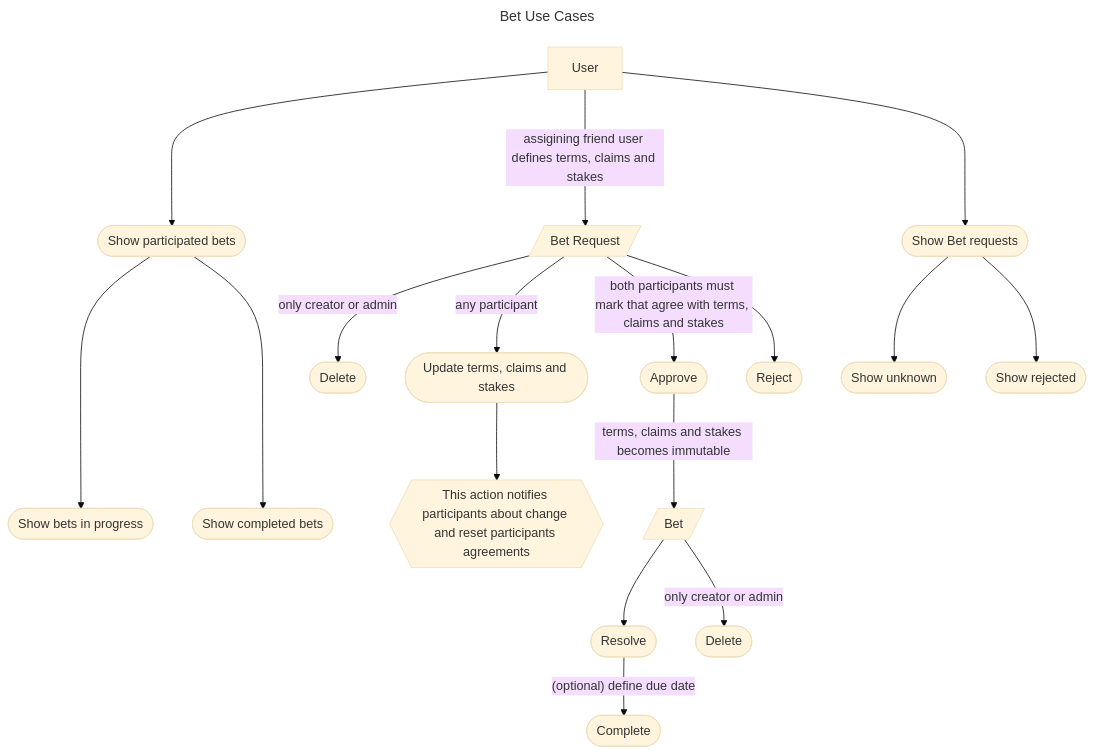
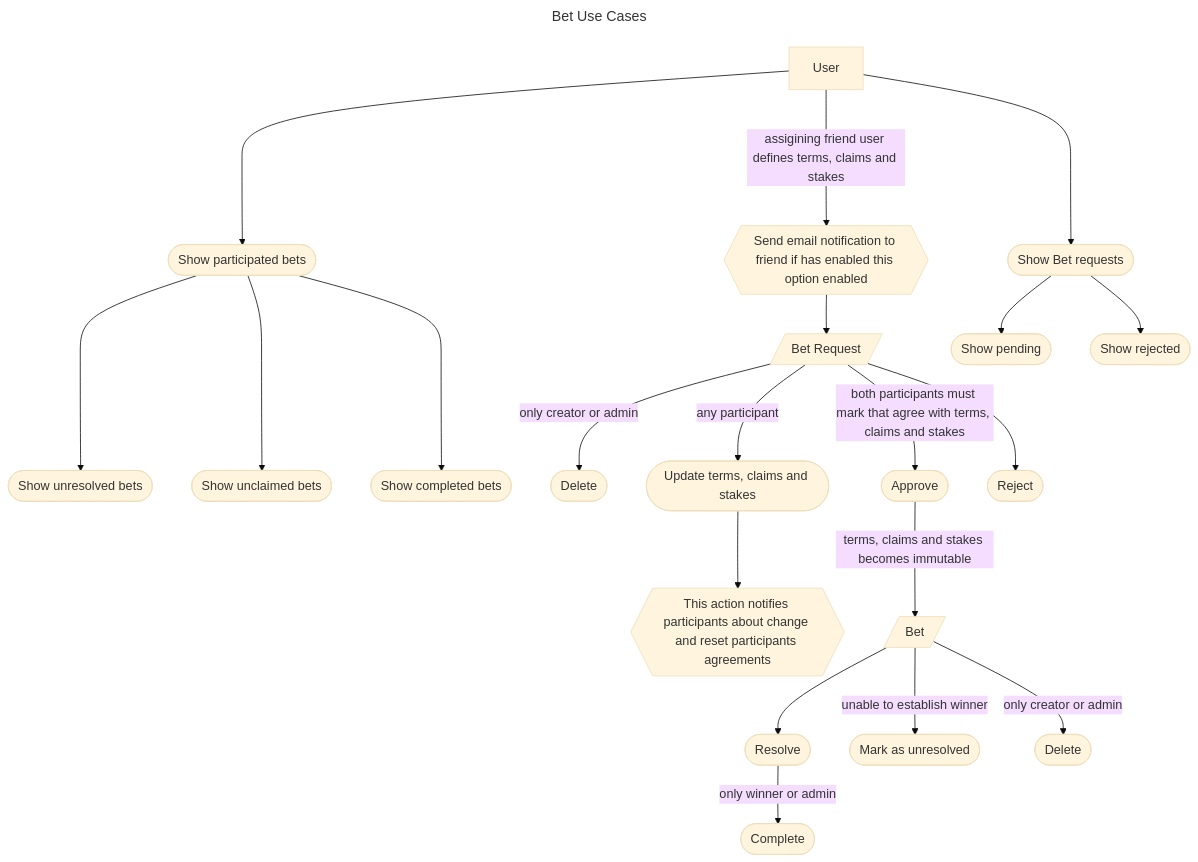
One commit to radek2s/BetKeeper changed the first of 2 diagrams in documents/01_requirements/use_cases/bet_context.md. Above: the diagram before and after it, drawn with Mermaid (base theme). The commit also changed other lines of this file and 4 other files, not shown here.

````diff
--- a/documents/01_requirements/use_cases/bet_context.md
+++ b/documents/01_requirements/use_cases/bet_context.md
@@ -10,25 +10,26 @@
 ```mermaid
 ---
 title: Bet Use Cases
 ---
 flowchart TB
     USER ---> BET_VIEW(["Show participated bets"])
-    BET_VIEW ---> BET_VIEW_PENDING(["Show bets in progress"]) & BET_VIEW_RESOLVED(["Show completed bets"])
-    USER -- assigining friend user defines terms, claims and stakes ---> BET_REQUEST[/"Bet Request"/]
+    BET_VIEW ---> BET_VIEW_PENDING(["Show unresolved bets"]) & BET_VIEW_RESOLVED(["Show unclaimed bets"]) & BET_VIEW_COMPLETED(["Show completed bets"])
+    USER -- assigining friend user defines terms, claims and stakes ---> BET_REQUEST_EVENT{{Send email notification to friend if has enabled this option enabled}} --> BET_REQUEST[/"Bet Request"/]
     USER["User"] ---> BET_REQUESTS(["Show Bet requests"])
-    BET_REQUESTS(["Show Bet requests"]) --> BET_REQUESTS_PENDING(["Show unknown"])
+    BET_REQUESTS(["Show Bet requests"]) --> BET_REQUESTS_PENDING(["Show pending"])
     BET_REQUESTS(["Show Bet requests"]) --> BET_REQUESTS_REJECTED(["Show rejected"])
     BET_REQUEST -- only creator or admin --> BET_REQUEST_DELETE(["Delete"])
     BET_REQUEST -- any participant --> BET_REQUEST_UPDATE(["Update terms, claims and stakes"])
     BET_REQUEST_UPDATE --> BET_REQUSET_NOTE{{"This action notifies participants about change and reset participants agreements"}}
     BET_REQUEST -- both participants must mark that agree with terms, claims and stakes --> BET_APPROVED(["Approve"])
     BET_REQUEST --> BET_REJECTED(["Reject"])
     
     
     BET_APPROVED(["Approve"]) -- terms, claims and stakes becomes immutable --> BET[/"Bet"/]
     BET --> BET_RESOLVE(["Resolve"])
-    BET_RESOLVE -- (optional) define due date --> BET_COMPLETE(["Complete"])
+    BET_RESOLVE -- only winner or admin--> BET_COMPLETE(["Complete"])
+    BET -- unable to establish winner --> BET_UNRESOLVED(["Mark as unresolved"])
     BET -- only creator or admin --> BET_DELETE(["Delete"])
 
 
 ```
````
